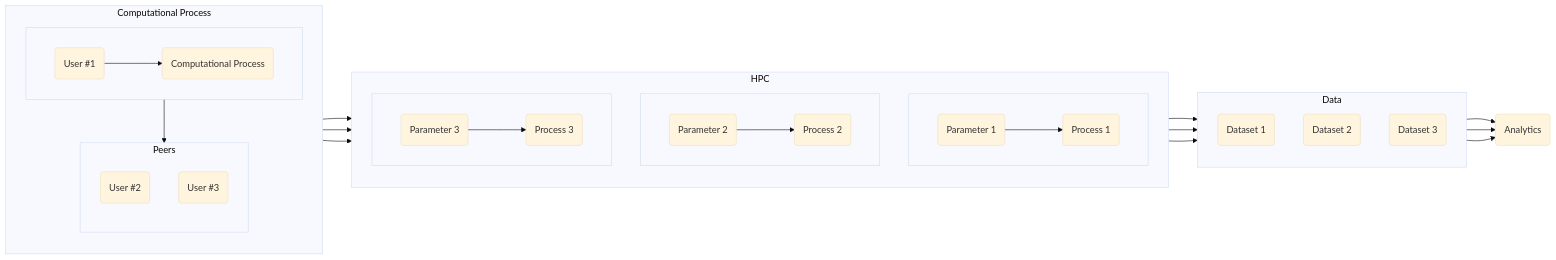
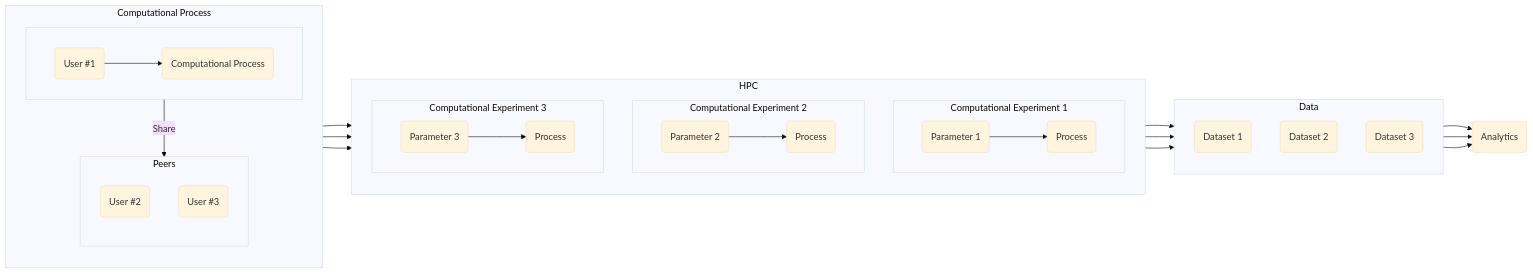
The second of 2 diagrams in docs/Philosophy/principles.md (LLNL/maestrowf), drawn with Mermaid (base theme) before and after one commit. The commit also changed other lines of this file and 14 other files, not shown here.

````diff
--- a/docs/Philosophy/principles.md
+++ b/docs/Philosophy/principles.md
@@ -81,43 +81,43 @@
 ``` mermaid
 flowchart LR
     subgraph comp _proc [Computational Process]
       direction TB
       subgraph Process [ ]
         direction LR
         A(User #1)-->B(Computational Process)
       end
-      Process-->Peers
+      Process--Share-->Peers
       subgraph Peers
           direction TB
           C(User #2)
           D(User #3)
       end
     end
     B-->E
     B-->G
     B-->I
     subgraph HPC
       direction TB
-        subgraph Exp1 [ ]
+        subgraph Exp1 [Computational Experiment 1]
           direction LR
-          E(Parameter 1) --> F(Process 1)
+          E(Parameter 1) --> F(Process)
         end
-        subgraph Exp2 [ ]
+        subgraph Exp2 [Computational Experiment 2]
           direction LR
-          G(Parameter 2) --> H(Process 2)
+          G(Parameter 2) --> H(Process)
         end
-        subgraph Exp3 [ ]
+        subgraph Exp3 [Computational Experiment 3]
           direction LR
-          I(Parameter 3) --> J(Process 3)
+          I(Parameter 3) --> J(Process)
         end
     end
     subgraph Data
       direction TB
       F-->K(Dataset 1)
       H-->L(Dataset 2)
       J-->M(Dataset 3)
     end
     K-->N(Analytics)
     L-->N
     M-->N
 ```
````
